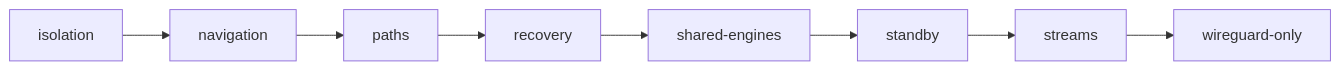
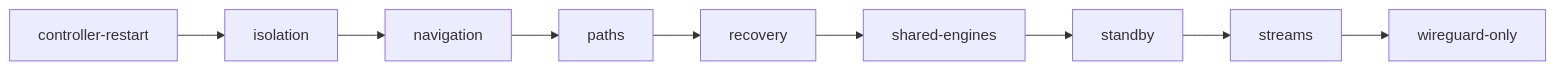
One commit to sergimn/AceSwarm changed the sixth of 14 diagrams in e2e/README.md. Above: the diagram before and after it, drawn with Mermaid. The commit also changed other lines of this file and 22 other files, not shown here.

First line of the commit message:
Keep streams playing while the controller restarts (#12)

````diff
--- a/e2e/README.md
+++ b/e2e/README.md
@@ -179,4 +179,4 @@
 ```mermaid
 flowchart LR
-  I[isolation] --> N[navigation] --> P[paths] --> R[recovery] --> SE[shared-engines] --> SB[standby] --> S[streams] --> W[wireguard-only]
+  CR[controller-restart] --> I[isolation] --> N[navigation] --> P[paths] --> R[recovery] --> SE[shared-engines] --> SB[standby] --> S[streams] --> W[wireguard-only]
 ```
````
